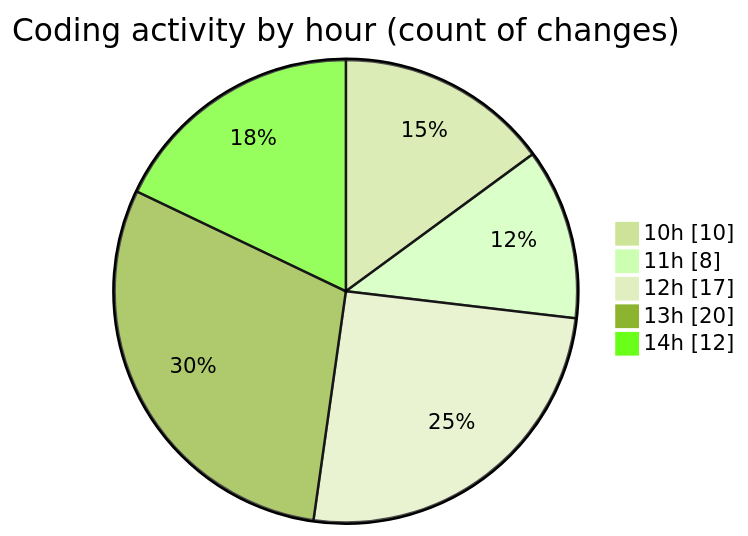
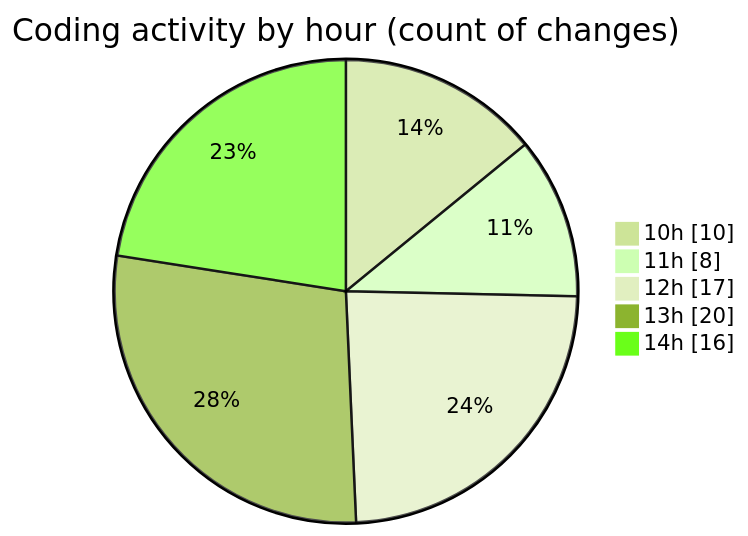
The second of 2 diagrams in 2025-12-03/cda/README.md (momahboobian/code-tracking), drawn with Mermaid (forest theme) before and after one commit. The commit also changed other lines of this file and 1 other file, not shown here.

````diff
--- a/2025-12-03/cda/README.md
+++ b/2025-12-03/cda/README.md
@@ -44,9 +44,9 @@
 ```mermaid
 pie showData
 title Coding activity by hour (count of changes)
 "10h" : 10
 "11h" : 8
 "12h" : 17
 "13h" : 20
-"14h" : 12
+"14h" : 16
 ```
````
